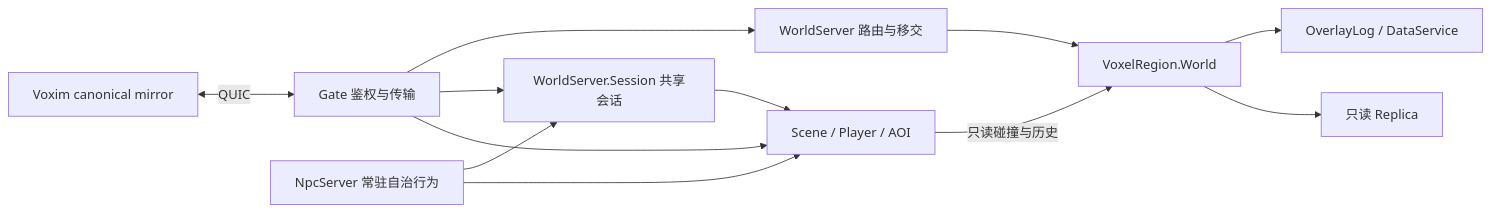
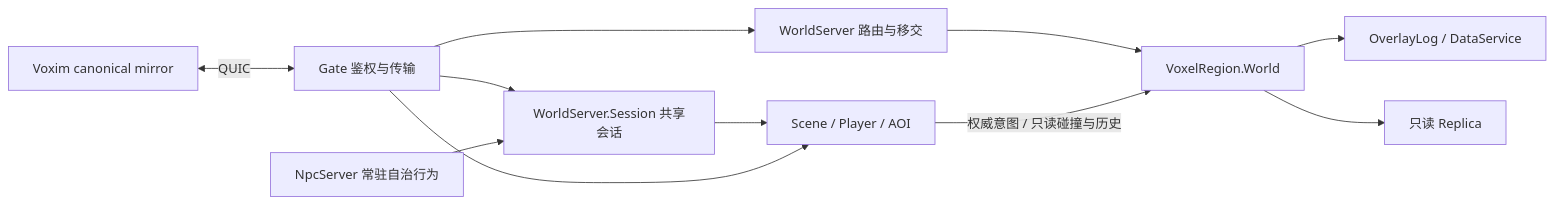
One commit to dyzdyz010/ex_mmo_cluster changed the first of 2 diagrams in docs/00-current-truth/design/server/voxim-runtime.md. Above: the diagram before and after it, drawn with Mermaid. The commit also changed other lines of this file and 20 other files, not shown here.

````diff
--- a/docs/00-current-truth/design/server/voxim-runtime.md
+++ b/docs/00-current-truth/design/server/voxim-runtime.md
@@ -33,14 +16,13 @@
 ```mermaid
 flowchart LR
   Client[Voxim canonical mirror] <-->|QUIC| Gate[Gate 鉴权与传输]
   Gate --> Route[WorldServer 路由与移交]
   Gate --> Session[WorldServer.Session 共享会话]
   NPC[NpcServer 常驻自治行为] --> Session
-  NPC --> Movement
-  Session --> Movement
-  Gate --> Movement[Scene / Player / AOI]
+  Session --> Movement[Scene / Player / AOI]
+  Gate --> Movement
   Route --> Authority[VoxelRegion.World]
-  Movement -->|只读碰撞与历史| Authority
+  Movement -->|权威意图 / 只读碰撞与历史| Authority
   Authority --> Log[OverlayLog / DataService]
   Authority --> Replica[只读 Replica]
 ```
````
